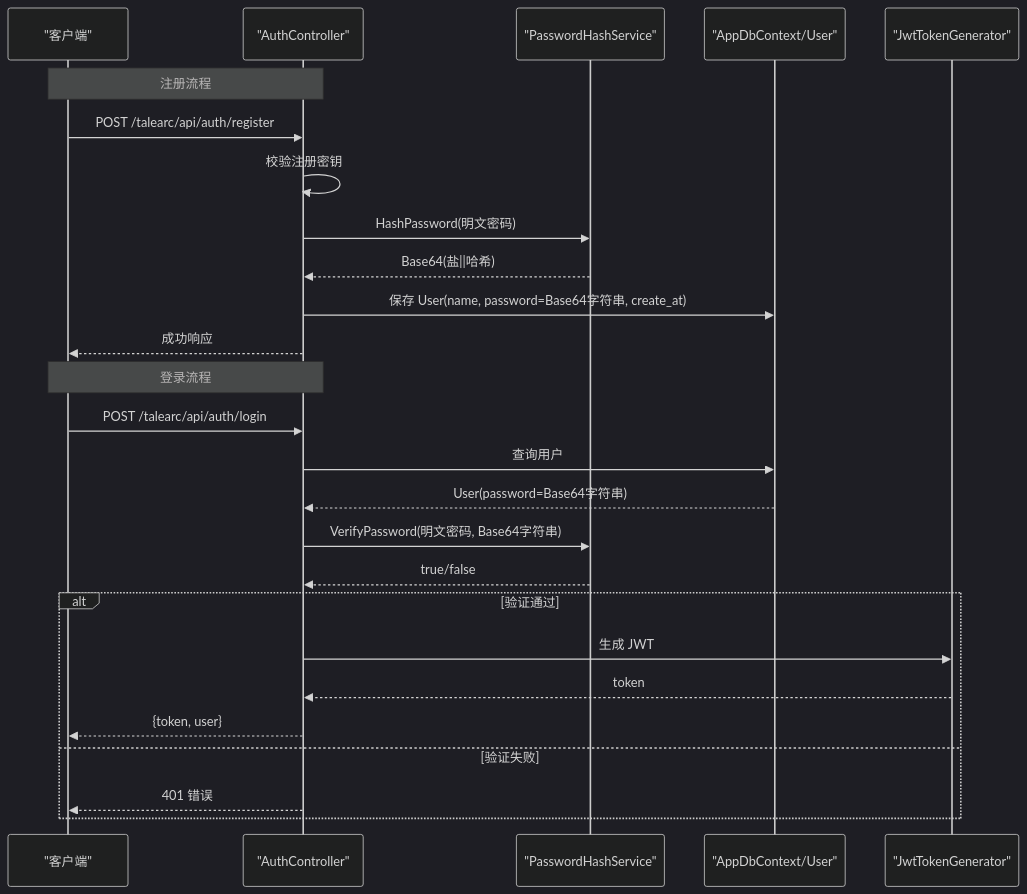
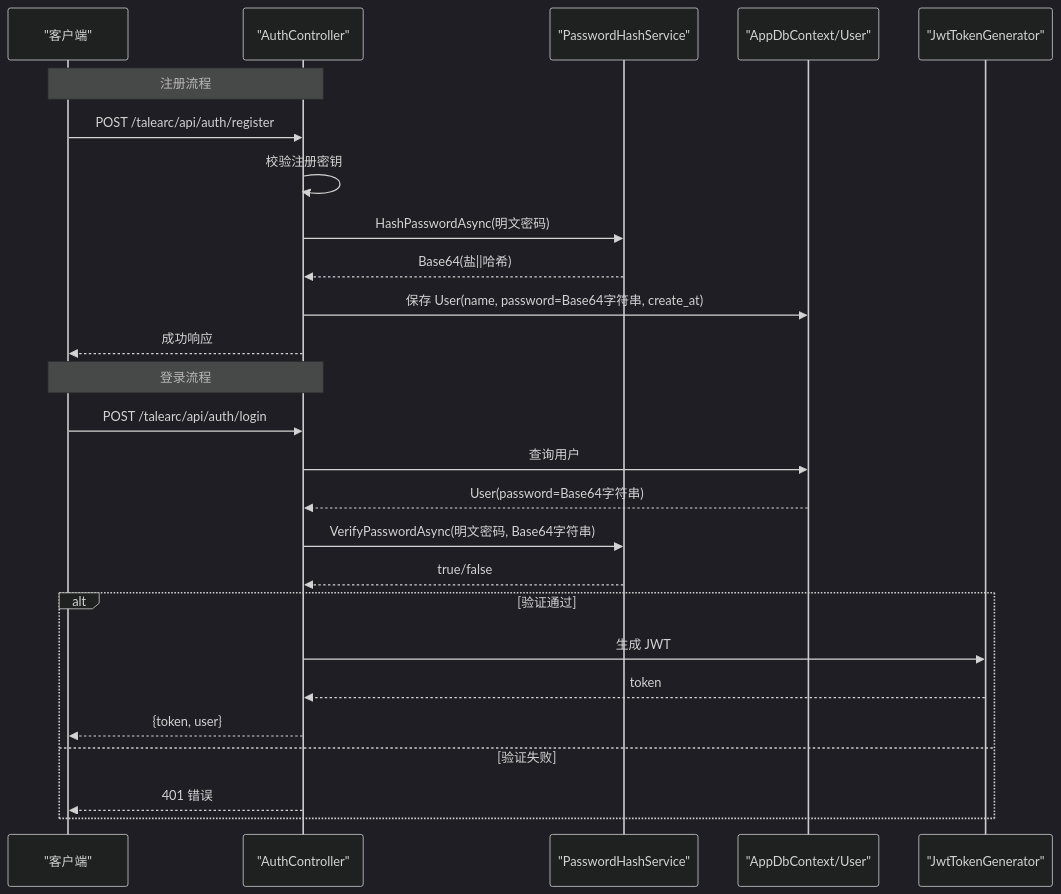
One commit to cppsh1t/talearc-backend changed the second of 5 diagrams in .qoder/repowiki/zh/content/核心服务架构/密码哈希服务.md. Above: the diagram before and after it, drawn with Mermaid (dark theme). The commit also changed other lines of this file and 7 other files, not shown here.

````diff
--- a/.qoder/repowiki/zh/content/核心服务架构/密码哈希服务.md
+++ b/.qoder/repowiki/zh/content/核心服务架构/密码哈希服务.md
@@ -83,28 +88,28 @@
 ```mermaid
 sequenceDiagram
 participant Client as "客户端"
 participant Ctrl as "AuthController"
 participant PHS as "PasswordHashService"
 participant DB as "AppDbContext/User"
 participant JWT as "JwtTokenGenerator"
 Note over Client,Ctrl : 注册流程
 Client->>Ctrl : POST /talearc/api/auth/register
 Ctrl->>Ctrl : 校验注册密钥
-Ctrl->>PHS : HashPassword(明文密码)
+Ctrl->>PHS : HashPasswordAsync(明文密码)
 PHS-->>Ctrl : Base64(盐||哈希)
 Ctrl->>DB : 保存 User(name, password=Base64字符串, create_at)
 Ctrl-->>Client : 成功响应
 Note over Client,Ctrl : 登录流程
 Client->>Ctrl : POST /talearc/api/auth/login
 Ctrl->>DB : 查询用户
 DB-->>Ctrl : User(password=Base64字符串)
-Ctrl->>PHS : VerifyPassword(明文密码, Base64字符串)
+Ctrl->>PHS : VerifyPasswordAsync(明文密码, Base64字符串)
 PHS-->>Ctrl : true/false
 alt 验证通过
 Ctrl->>JWT : 生成 JWT
 JWT-->>Ctrl : token
 Ctrl-->>Client : {token, user}
 else 验证失败
 Ctrl-->>Client : 401 错误
 end
 ```
````
